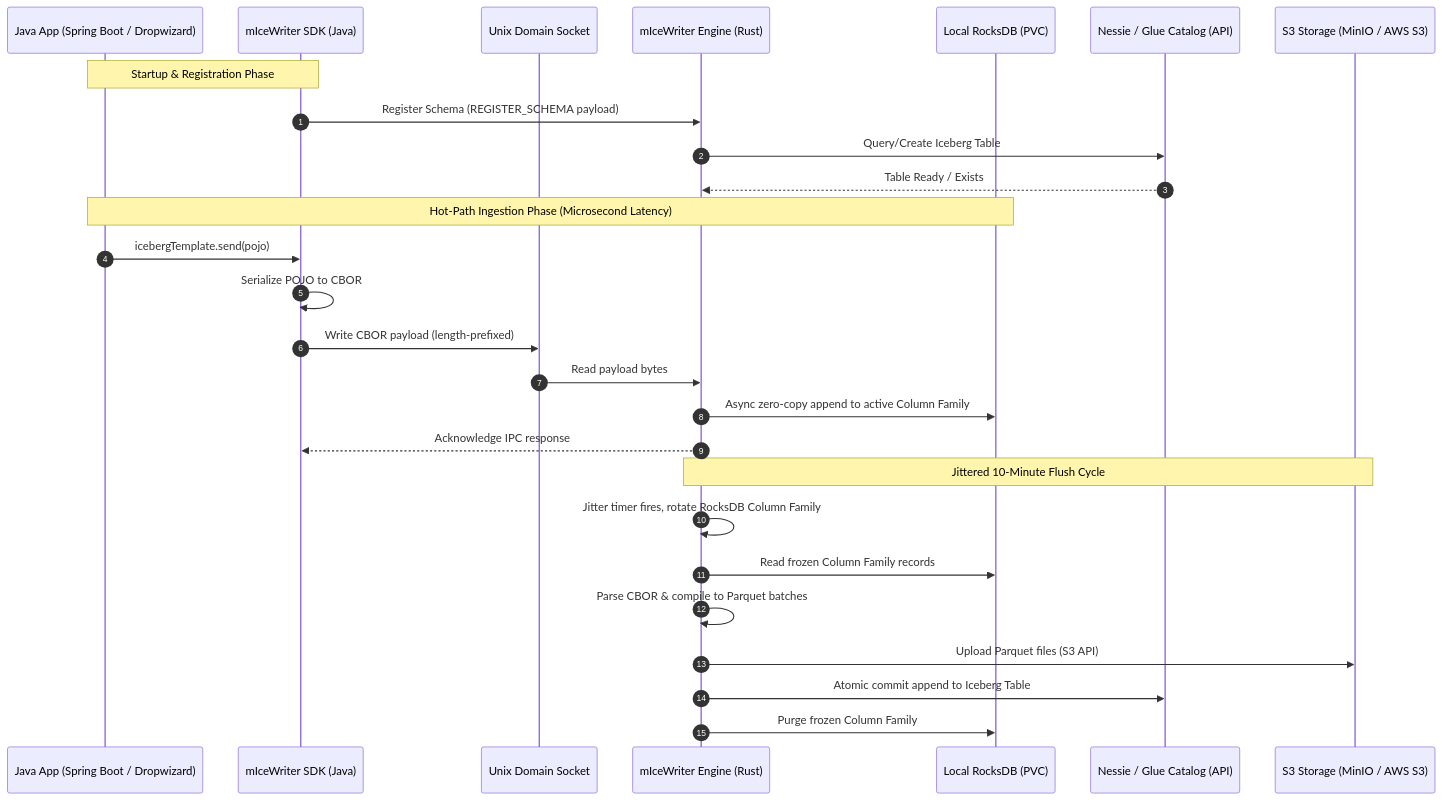
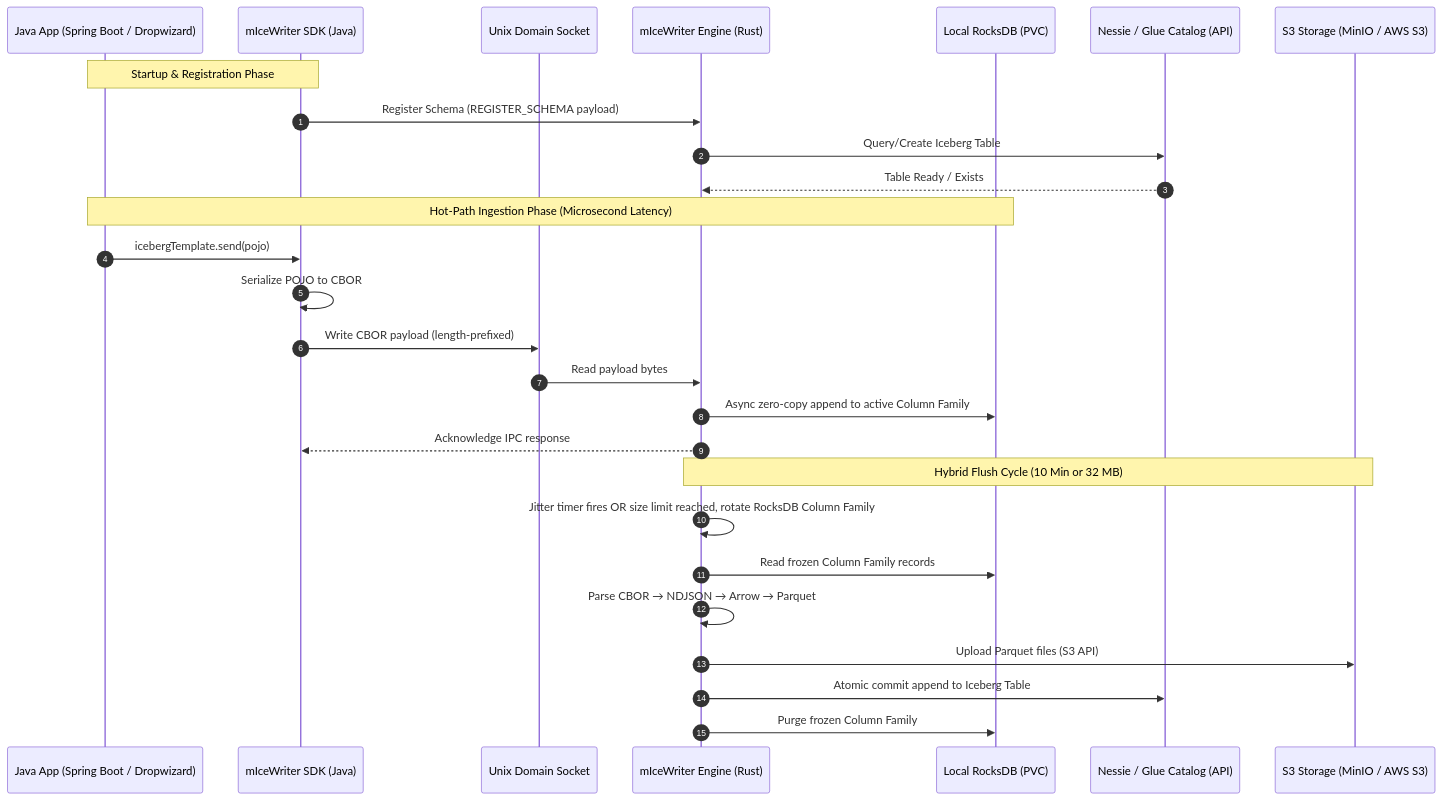
The diagram in docs/system-overview.md (markovarghese/micewriter-hub), drawn with Mermaid before and after one commit. The commit also changed other lines of this file and 1 other file, not shown here.

Commit message:
docs: Document engine memory limits, payload limits, and serialization pipeline constraints

````diff
--- a/docs/system-overview.md
+++ b/docs/system-overview.md
@@ -14,32 +14,32 @@
 ```mermaid
 sequenceDiagram
     autonumber
     participant App as Java App (Spring Boot / Dropwizard)
     participant SDK as mIceWriter SDK (Java)
     participant UDS as Unix Domain Socket
     participant Engine as mIceWriter Engine (Rust)
     participant RocksDB as Local RocksDB (PVC)
     participant Catalog as Nessie / Glue Catalog (API)
     participant ObjectStore as S3 Storage (MinIO / AWS S3)
 
     Note over App,SDK: Startup & Registration Phase
     SDK->>Engine: Register Schema (REGISTER_SCHEMA payload)
     Engine->>Catalog: Query/Create Iceberg Table
     Catalog-->>Engine: Table Ready / Exists
 
     Note over App,RocksDB: Hot-Path Ingestion Phase (Microsecond Latency)
     App->>SDK: icebergTemplate.send(pojo)
     SDK->>SDK: Serialize POJO to CBOR
     SDK->>UDS: Write CBOR payload (length-prefixed)
     UDS->>Engine: Read payload bytes
     Engine->>RocksDB: Async zero-copy append to active Column Family
     Engine-->>SDK: Acknowledge IPC response
 
-    Note over Engine,ObjectStore: Jittered 10-Minute Flush Cycle
-    Engine->>Engine: Jitter timer fires, rotate RocksDB Column Family
+    Note over Engine,ObjectStore: Hybrid Flush Cycle (10 Min or 32 MB)
+    Engine->>Engine: Jitter timer fires OR size limit reached, rotate RocksDB Column Family
     Engine->>RocksDB: Read frozen Column Family records
-    Engine->>Engine: Parse CBOR & compile to Parquet batches
+    Engine->>Engine: Parse CBOR → NDJSON → Arrow → Parquet
     Engine->>ObjectStore: Upload Parquet files (S3 API)
     Engine->>Catalog: Atomic commit append to Iceberg Table
     Engine->>RocksDB: Purge frozen Column Family
 ```
````
